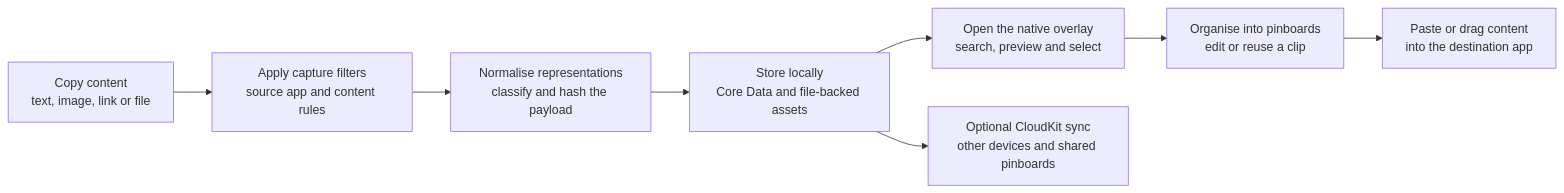
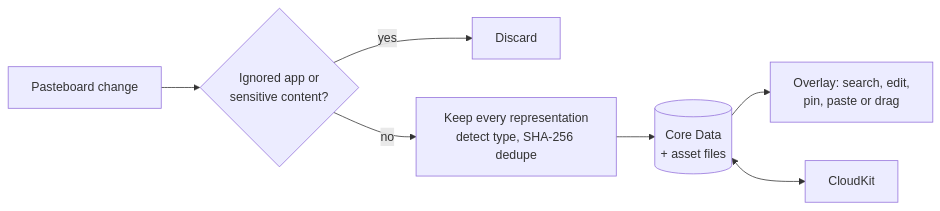
Before and after one commit to Daniil-Hirchyts/Marten: the first of 2 diagrams in README.md, drawn with Mermaid. The commit also changed other lines of this file and 13 other files, not shown here.

````diff
--- a/README.md
+++ b/README.md
@@ -78,10 +66,9 @@
 ```mermaid
 flowchart LR
-    C[Copy content<br/>text, image, link or file] --> F[Apply capture filters<br/>source app and content rules]
-    F --> N[Normalise representations<br/>classify and hash the payload]
-    N --> L[Store locally<br/>Core Data and file-backed assets]
-    L --> O[Open the native overlay<br/>search, preview and select]
-    O --> P[Organise into pinboards<br/>edit or reuse a clip]
-    P --> A[Paste or drag content<br/>into the destination app]
-    L --> S[Optional CloudKit sync<br/>other devices and shared pinboards]
+    PB[Pasteboard change] --> FIL{Ignored app or<br/>sensitive content?}
+    FIL -- yes --> DROP[Discard]
+    FIL -- no --> CLS[Keep every representation<br/>detect type, SHA-256 dedupe]
+    CLS --> STORE[(Core Data<br/>+ asset files)]
+    STORE --> UI[Overlay: search, edit,<br/>pin, paste or drag]
+    STORE <--> CK[CloudKit]
 ```
````
